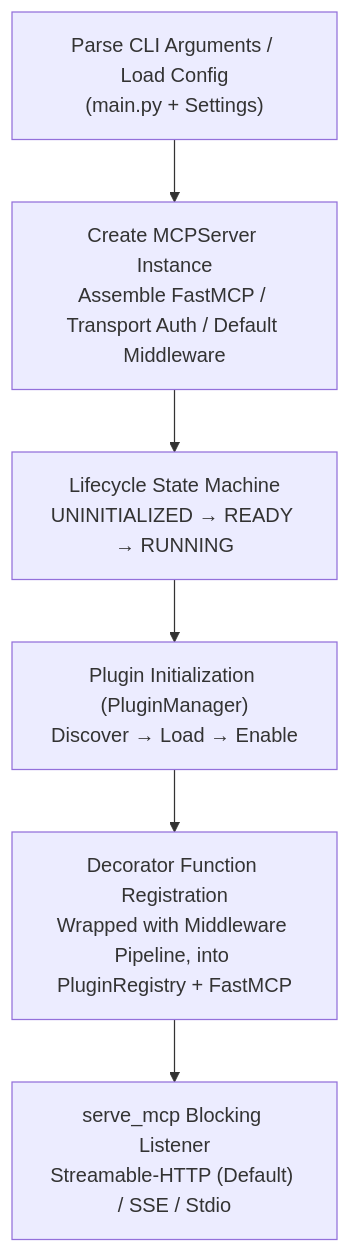
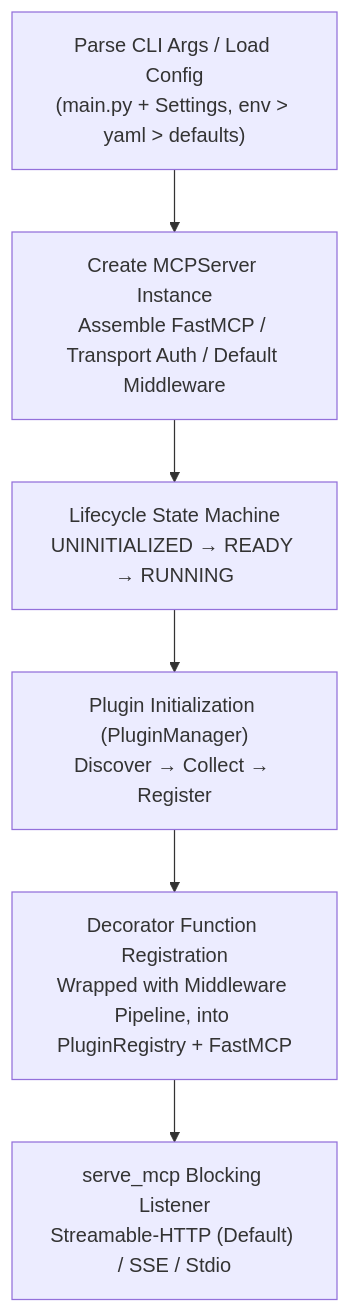
The second of 4 diagrams in README.en.md (chain-engine/x-QiuChi), drawn with Mermaid before and after one commit. The commit also changed other lines of this file and 15 other files, not shown here.

````diff
--- a/README.en.md
+++ b/README.en.md
@@ -416,8 +310,11 @@
 ```mermaid
 flowchart TD
-    S1["Parse CLI Arguments / Load Config<br/>(main.py + Settings)"] --> S2["Create MCPServer Instance<br/>Assemble FastMCP / Transport Auth / Default Middleware"]
-    S2 --> S3["Lifecycle State Machine<br/>UNINITIALIZED → READY → RUNNING"]
-    S3 --> S4["Plugin Initialization (PluginManager)<br/>Discover → Load → Enable"]
-    S4 --> S5["Decorator Function Registration<br/>Wrapped with Middleware Pipeline, into PluginRegistry + FastMCP"]
-    S5 --> S6["serve_mcp Blocking Listener<br/>Streamable-HTTP (Default) / SSE / Stdio"]
+    S1["Parse CLI Args / Load Config<br/>(main.py + Settings, env > yaml > defaults)"]
+    S2["Create MCPServer Instance<br/>Assemble FastMCP / Transport Auth / Default Middleware"]
+    S3["Lifecycle State Machine<br/>UNINITIALIZED → READY → RUNNING"]
+    S4["Plugin Initialization (PluginManager)<br/>Discover → Collect → Register"]
+    S5["Decorator Function Registration<br/>Wrapped with Middleware Pipeline, into PluginRegistry + FastMCP"]
+    S6["serve_mcp Blocking Listener<br/>Streamable-HTTP (Default) / SSE / Stdio"]
+
+    S1 --> S2 --> S3 --> S4 --> S5 --> S6
 ```
````
